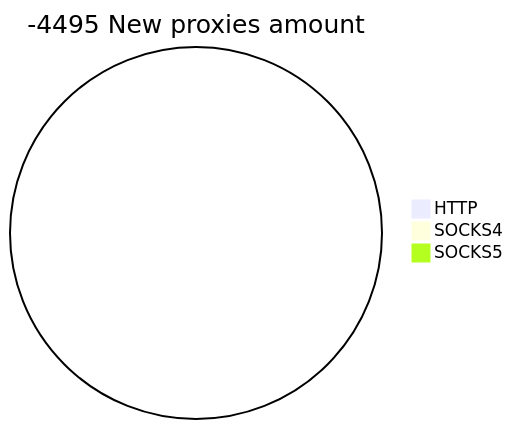
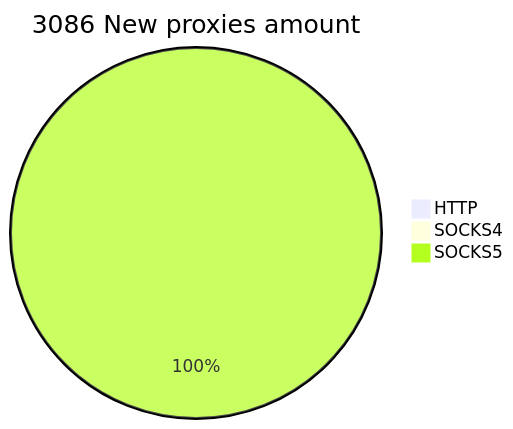
Before and after one commit to cutipu/proxylist: the second of 2 diagrams in README.md, drawn with Mermaid. The commit also changed other lines of this file, not shown here.

````diff
--- a/README.md
+++ b/README.md
@@ -10,6 +10,6 @@
 ```mermaid
-pie title -4495 New proxies amount
+pie title 3086 New proxies amount
     "HTTP" : 0
     "SOCKS4" : 0
-    "SOCKS5" : 0
+    "SOCKS5" : 4030
 ```
````
